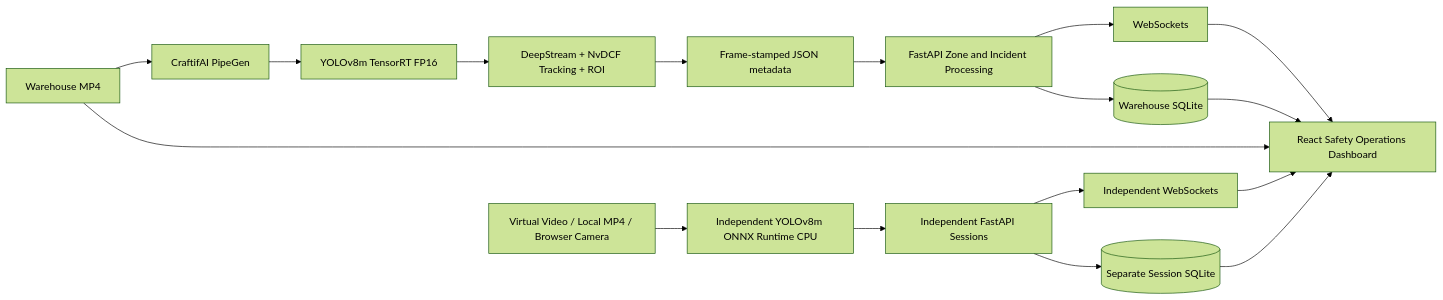
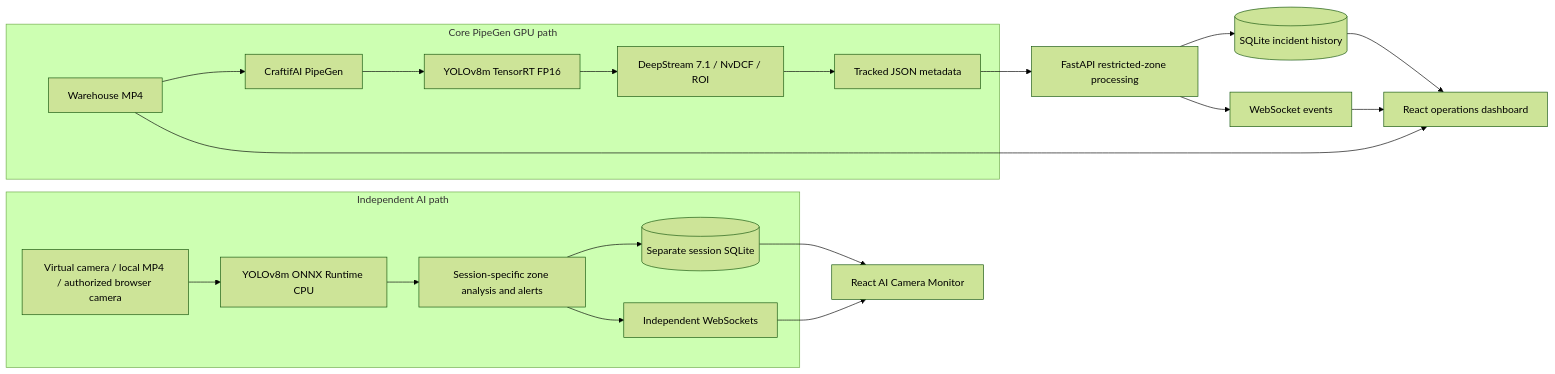
Before and after one commit to akilanpl/CraftifAIHackathon_CRA004: the diagram in README.md, drawn with Mermaid (forest theme). The commit also changed other lines of this file, not shown here.

````diff
--- a/README.md
+++ b/README.md
@@ -54,20 +38,25 @@
 ```mermaid
 flowchart LR
-    VID[Warehouse MP4] --> PG[CraftifAI PipeGen]
-    PG --> TRT[YOLOv8m TensorRT FP16]
-    TRT --> DS[DeepStream + NvDCF Tracking + ROI]
-    DS --> JSON[Frame-stamped JSON metadata]
-    JSON --> API[FastAPI Zone and Incident Processing]
-    API --> DB[(Warehouse SQLite)]
-    API --> WS[WebSockets]
-    WS --> UI[React Safety Operations Dashboard]
-    DB --> UI
-    VID --> UI
+    subgraph CORE[Core PipeGen GPU path]
+        VIDEO[Warehouse MP4] --> PG[CraftifAI PipeGen]
+        PG --> TRT[YOLOv8m TensorRT FP16]
+        TRT --> DS[DeepStream 7.1 / NvDCF / ROI]
+        DS --> META[Tracked JSON metadata]
+    end
+    META --> API[FastAPI restricted-zone processing]
+    API --> DB[(SQLite incident history)]
+    API --> WS[WebSocket events]
+    DB --> UI[React operations dashboard]
+    WS --> UI
+    VIDEO --> UI
 
-    CAM[Virtual Video / Local MP4 / Browser Camera] --> CPU[Independent YOLOv8m ONNX Runtime CPU]
-    CPU --> AIA[Independent FastAPI Sessions]
-    AIA --> AIDB[(Separate Session SQLite)]
-    AIA --> AIWS[Independent WebSockets]
-    AIWS --> UI
-    AIDB --> UI
+    subgraph AI[Independent AI path]
+        SOURCES[Virtual camera / local MP4 / authorized browser camera]
+        SOURCES --> CPU[YOLOv8m ONNX Runtime CPU]
+        CPU --> SESSION[Session-specific zone analysis and alerts]
+        SESSION --> AIDB[(Separate session SQLite)]
+        SESSION --> AIWS[Independent WebSockets]
+    end
+    AIDB --> MONITOR[React AI Camera Monitor]
+    AIWS --> MONITOR
 ```
````
